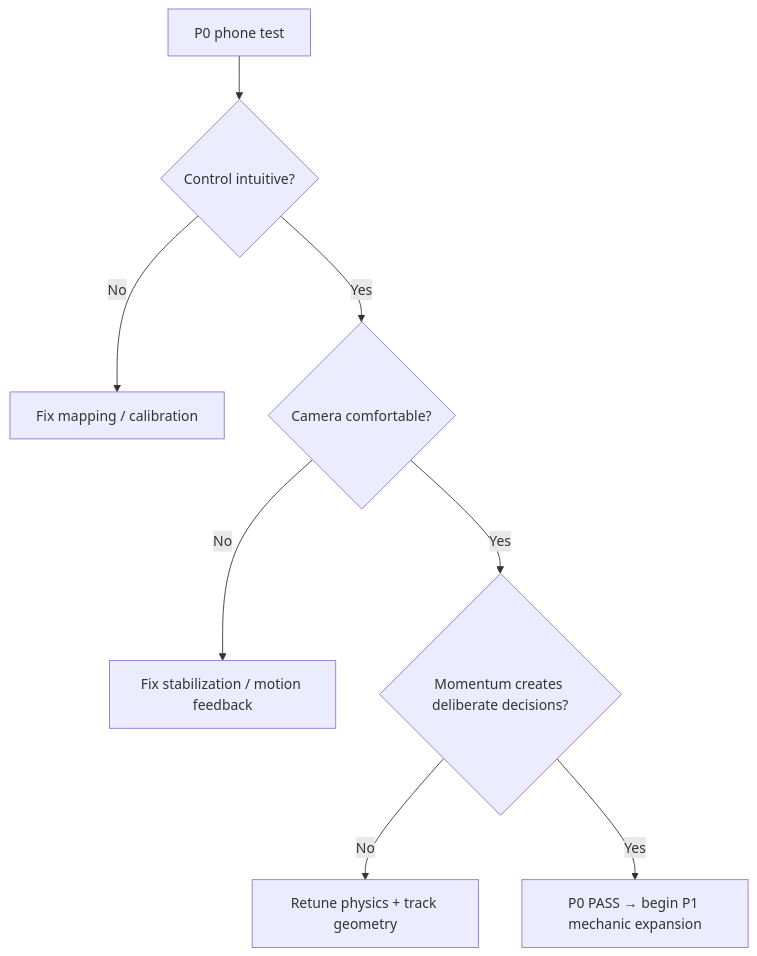
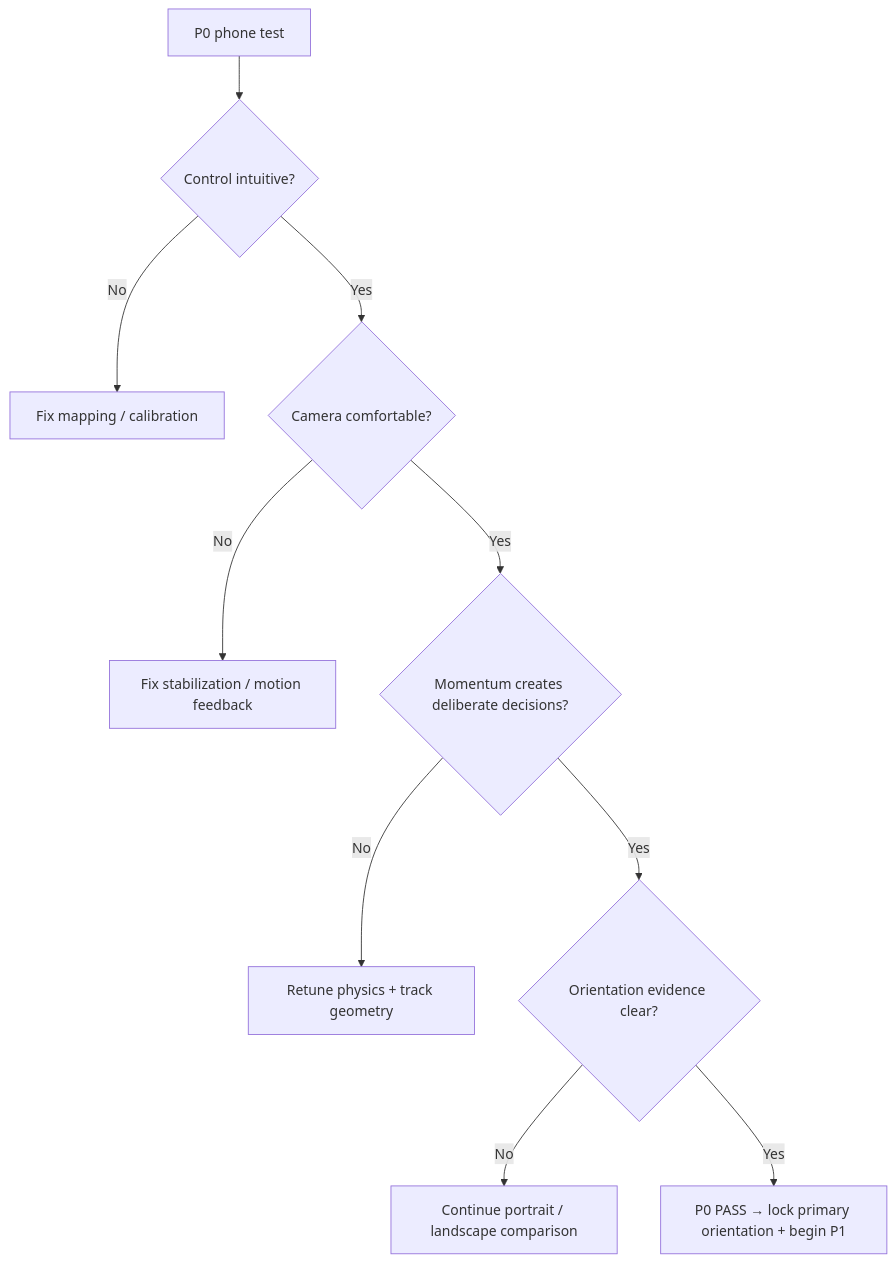
The fifth of 5 diagrams in docs/plans/inner-rail/P0-GAMEPLAY-PROTOTYPE-SPEC.md (zeroLR/2D-game-playground), drawn with Mermaid before and after one commit. The commit also changed other lines of this file, not shown here.

Commit message:
docs(inner-rail): make P0 orientation an evidence-based decision

````diff
--- a/docs/plans/inner-rail/P0-GAMEPLAY-PROTOTYPE-SPEC.md
+++ b/docs/plans/inner-rail/P0-GAMEPLAY-PROTOTYPE-SPEC.md
@@ -391,10 +414,12 @@
 ```mermaid
 flowchart TD
     A[P0 phone test] --> B{Control intuitive?}
     B -- No --> C[Fix mapping / calibration]
     B -- Yes --> D{Camera comfortable?}
     D -- No --> E[Fix stabilization / motion feedback]
     D -- Yes --> F{Momentum creates deliberate decisions?}
     F -- No --> G[Retune physics + track geometry]
-    F -- Yes --> H[P0 PASS → begin P1 mechanic expansion]
+    F -- Yes --> H{Orientation evidence clear?}
+    H -- No --> I[Continue portrait / landscape comparison]
+    H -- Yes --> J[P0 PASS → lock primary orientation + begin P1]
 ```
````
